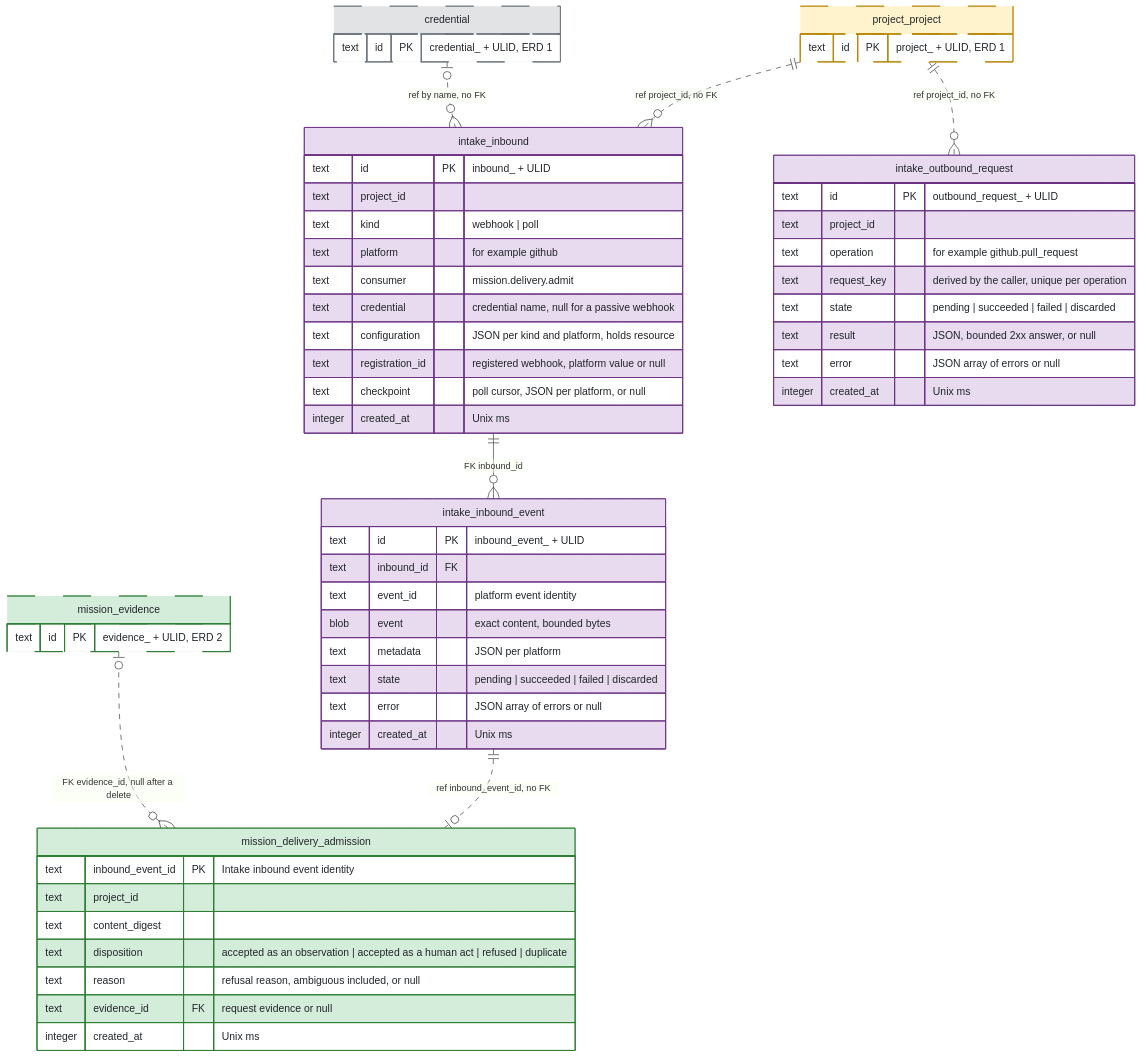
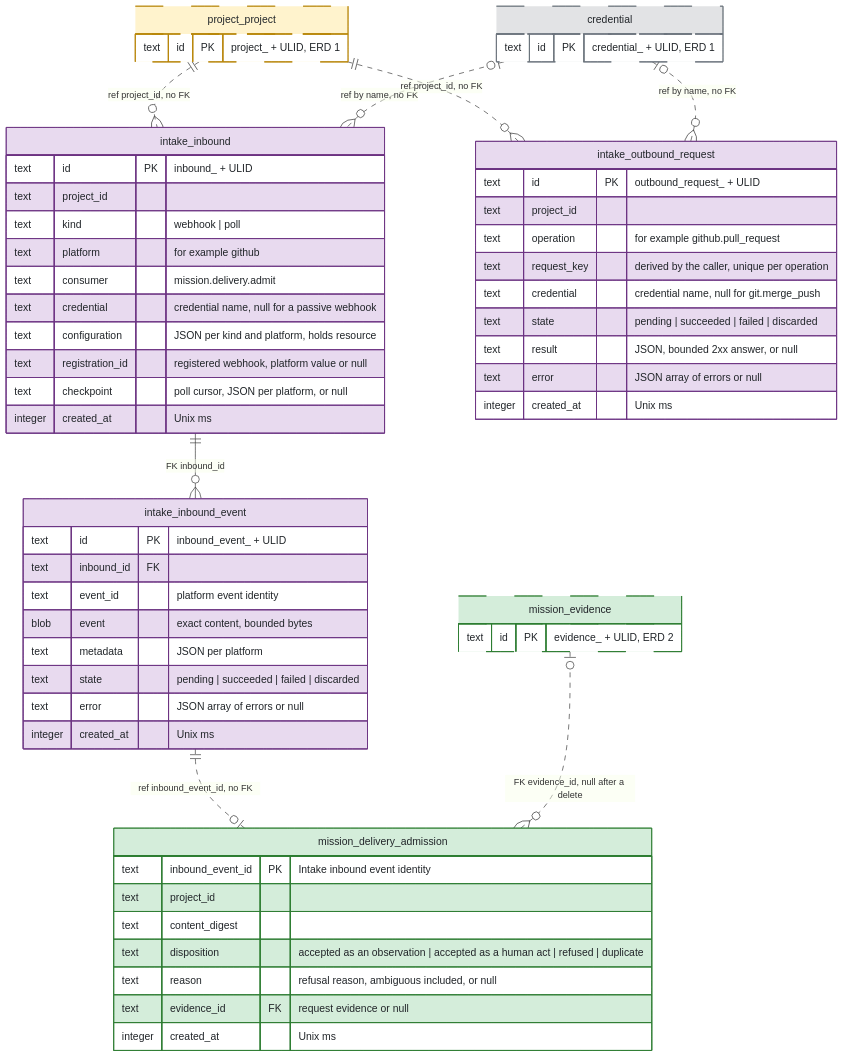
One commit to kanthorlabs/kanthord changed the diagram in docs/reference/erd/03-integration.md. Above: the diagram before and after it, drawn with Mermaid. The commit also changed other lines of this file and 2 other files, not shown here.

Commit message:
docs(intake): name the credential of an outbound request

````diff
--- a/docs/reference/erd/03-integration.md
+++ b/docs/reference/erd/03-integration.md
@@ -37,77 +37,79 @@
 ```mermaid
 erDiagram
     credential {
         text id PK "credential_ + ULID, ERD 1"
     }
     project_project {
         text id PK "project_ + ULID, ERD 1"
     }
     mission_evidence {
         text id PK "evidence_ + ULID, ERD 2"
     }
 
     intake_inbound {
         text id PK "inbound_ + ULID"
         text project_id
         text kind "webhook | poll"
         text platform "for example github"
         text consumer "mission.delivery.admit"
         text credential "credential name, null for a passive webhook"
         text configuration "JSON per kind and platform, holds resource"
         text registration_id "registered webhook, platform value or null"
         text checkpoint "poll cursor, JSON per platform, or null"
         integer created_at "Unix ms"
     }
 
     intake_inbound_event {
         text id PK "inbound_event_ + ULID"
         text inbound_id FK
         text event_id "platform event identity"
         blob event "exact content, bounded bytes"
         text metadata "JSON per platform"
         text state "pending | succeeded | failed | discarded"
         text error "JSON array of errors or null"
         integer created_at "Unix ms"
     }
 
     intake_outbound_request {
         text id PK "outbound_request_ + ULID"
         text project_id
         text operation "for example github.pull_request"
         text request_key "derived by the caller, unique per operation"
+        text credential "credential name, null for git.merge_push"
         text state "pending | succeeded | failed | discarded"
         text result "JSON, bounded 2xx answer, or null"
         text error "JSON array of errors or null"
         integer created_at "Unix ms"
     }
 
     mission_delivery_admission {
         text inbound_event_id PK "Intake inbound event identity"
         text project_id
         text content_digest
         text disposition "accepted as an observation | accepted as a human act | refused | duplicate"
         text reason "refusal reason, ambiguous included, or null"
         text evidence_id FK "request evidence or null"
         integer created_at "Unix ms"
     }
 
     project_project ||..o{ intake_inbound : "ref project_id, no FK"
     credential |o..o{ intake_inbound : "ref by name, no FK"
     intake_inbound ||--o{ intake_inbound_event : "FK inbound_id"
     project_project ||..o{ intake_outbound_request : "ref project_id, no FK"
+    credential |o..o{ intake_outbound_request : "ref by name, no FK"
 
     intake_inbound_event ||..o| mission_delivery_admission : "ref inbound_event_id, no FK"
     mission_evidence |o..o{ mission_delivery_admission : "FK evidence_id, null after a delete"
 
     classDef custody fill:#e2e3e5,stroke:#6c757d,color:#212529
     classDef project fill:#fff3cd,stroke:#b8860b,color:#212529
     classDef mission fill:#d4edda,stroke:#2e7d32,color:#212529
     classDef intake fill:#e8daef,stroke:#6c3483,color:#212529
     classDef stub stroke-dasharray:4 3
 
     class credential custody
     class project_project project
     class mission_evidence,mission_delivery_admission mission
     class credential,project_project,mission_evidence stub
     class intake_inbound,intake_inbound_event,intake_outbound_request intake
 ```
````
